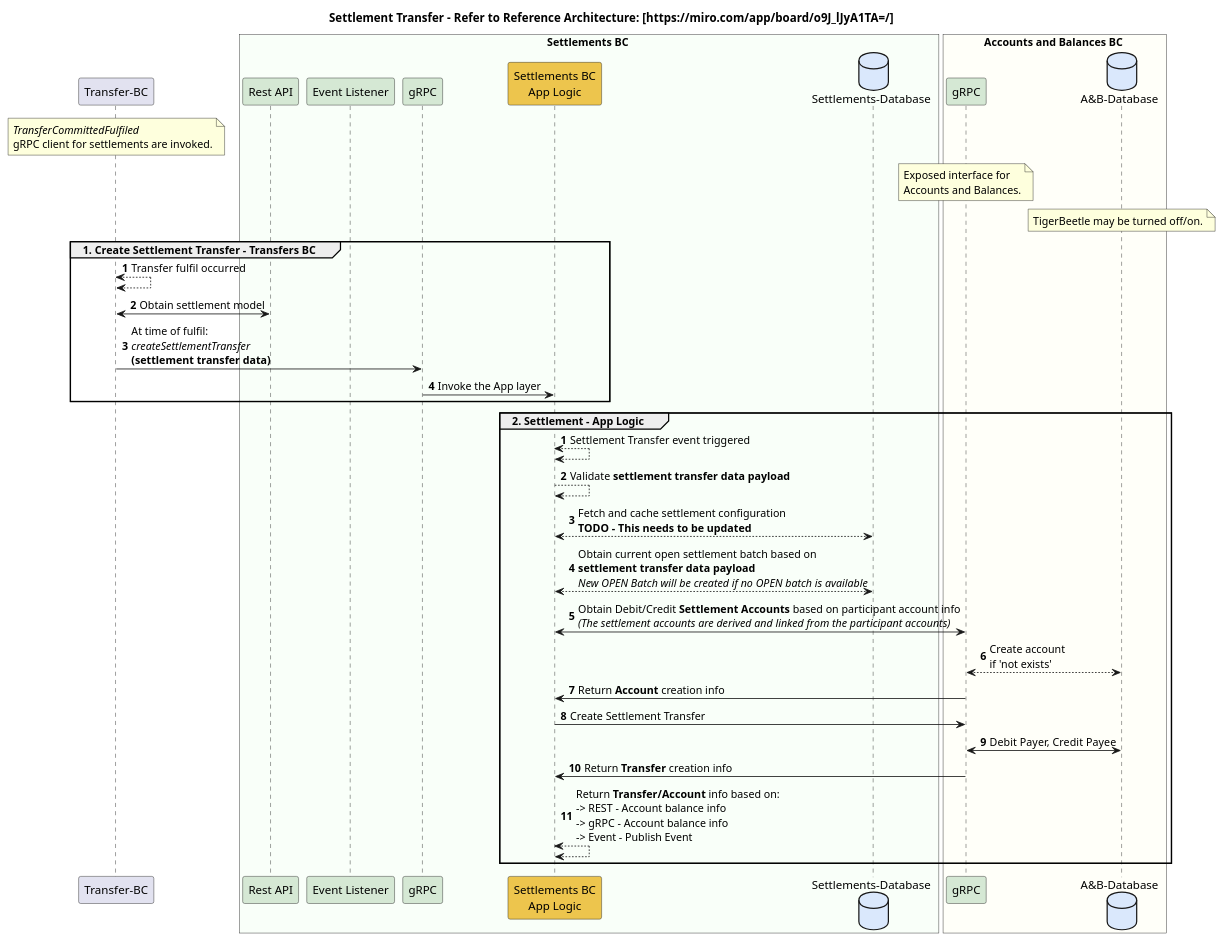
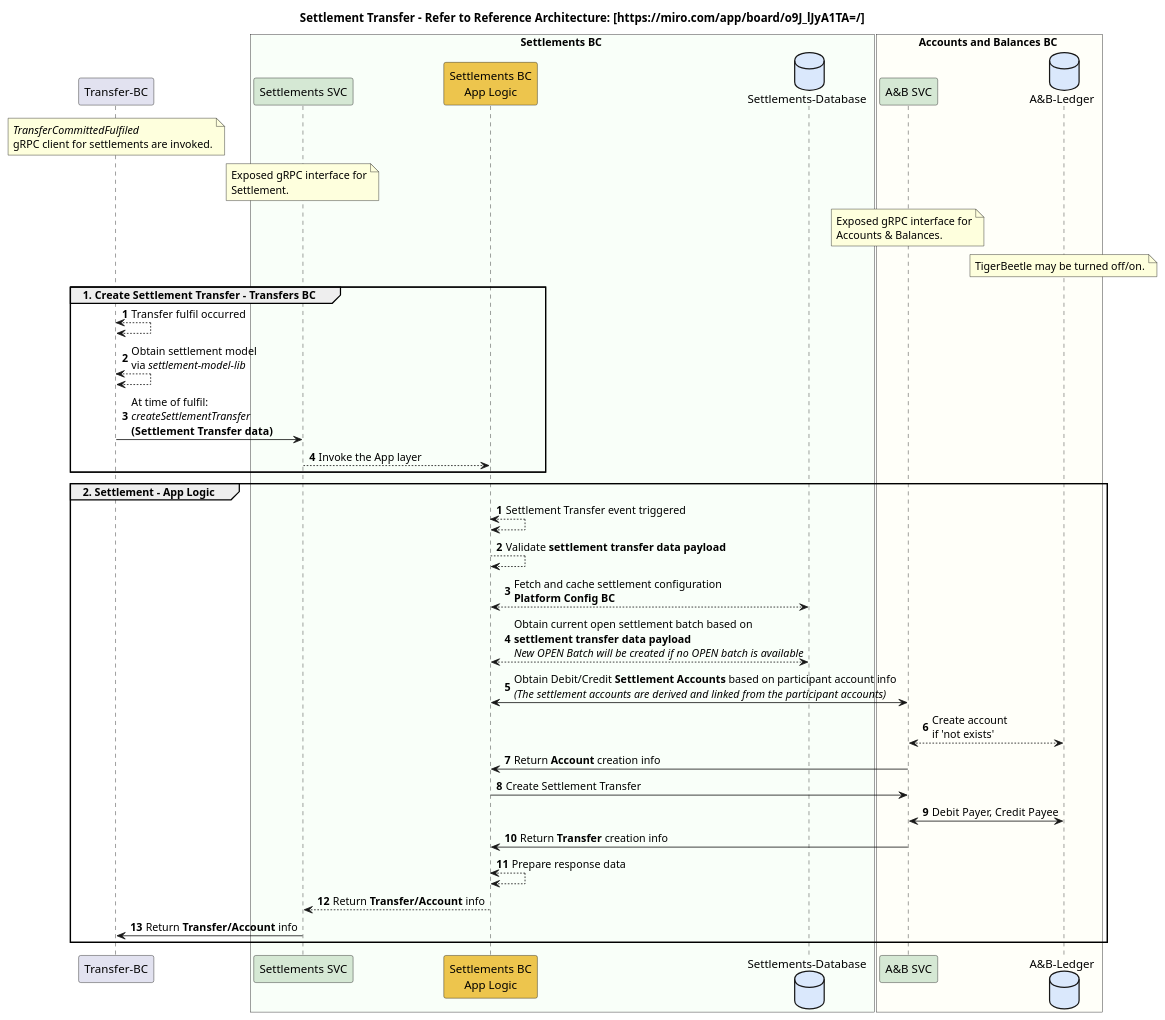
One commit to mojaloop/settlements-bc changed the diagram in docs/flows/01-settlement-transfer-bc.puml. Above: the diagram before and after it, drawn with PlantUML. The commit also changed 3 other files, not shown here.

Commit message:
Flow updates.

```diff
--- a/docs/flows/01-settlement-transfer-bc.puml
+++ b/docs/flows/01-settlement-transfer-bc.puml
@@ -1,54 +1,58 @@
 @startuml
 
 title Settlement Transfer - Refer to Reference Architecture: [https://miro.com/app/board/o9J_lJyA1TA=/]
 
 participant "Transfer-BC" as ext_transfers_bc
 note over ext_transfers_bc
     //TransferCommittedFulfiled//
     gRPC client for settlements are invoked.
 end note
 
 box Settlements BC #F9FFF9
-	participant "Rest API" as sbc_rest #D5E8D4
-	participant "Event Listener" as sbc_event #D5E8D4
-	participant "gRPC" as sbc_grpc #D5E8D4
+	participant "Settlements SVC" as sbc_grpc #D5E8D4
+    note over sbc_grpc
+        Exposed gRPC interface for
+        Settlement.
+    end note
 	participant "Settlements BC\nApp Logic" as sbc_app_logic #EDC54D
 	database "Settlements-Database" as sbc_db #DAE8FC
 end box
 
 box Accounts and Balances BC #FFFFF9
-    participant "gRPC" as abbc_grpc #D5E8D4
-    database "A&B-Database" as abbc_tigerbeetle #DAE8FC
+    participant "A&B SVC" as abbc_grpc #D5E8D4
+    database "A&B-Ledger" as abbc_tigerbeetle #DAE8FC
     note over abbc_grpc
-        Exposed interface for
-        Accounts and Balances.
+        Exposed gRPC interface for
+        Accounts & Balances.
     end note
     note over abbc_tigerbeetle
         TigerBeetle may be turned off/on.
     end note
 end box
 
 group 1. Create Settlement Transfer - Transfers BC
 autonumber
     ext_transfers_bc <--> ext_transfers_bc : Transfer fulfil occurred
-    ext_transfers_bc <-> sbc_rest : Obtain settlement model
-    ext_transfers_bc -> sbc_grpc : At time of fulfil:\n//createSettlementTransfer// \n**(settlement transfer data)**
-    sbc_grpc -> sbc_app_logic : Invoke the App layer
+    ext_transfers_bc <--> ext_transfers_bc : Obtain settlement model\nvia //settlement-model-lib//
+    ext_transfers_bc -> sbc_grpc : At time of fulfil:\n//createSettlementTransfer// \n**(Settlement Transfer data)**
+    sbc_grpc --> sbc_app_logic : Invoke the App layer
 end
 
 group 2. Settlement - App Logic
 autonumber
     sbc_app_logic <--> sbc_app_logic: Settlement Transfer event triggered
     sbc_app_logic --> sbc_app_logic : Validate **settlement transfer data payload**
-    sbc_app_logic <--> sbc_db : Fetch and cache settlement configuration\n**TODO - This needs to be updated**
+    sbc_app_logic <--> sbc_db : Fetch and cache settlement configuration\n**Platform Config BC**
     sbc_app_logic <--> sbc_db : Obtain current open settlement batch based on \n**settlement transfer data payload**\n//New OPEN Batch will be created if no OPEN batch is available//
     sbc_app_logic <-> abbc_grpc : Obtain Debit/Credit **Settlement Accounts** based on participant account info\n//(The settlement accounts are derived and linked from the participant accounts)//
     abbc_grpc <--> abbc_tigerbeetle : Create account \nif 'not exists'
     abbc_grpc -> sbc_app_logic : Return **Account** creation info
     sbc_app_logic -> abbc_grpc: Create Settlement Transfer
     abbc_grpc <-> abbc_tigerbeetle: Debit Payer, Credit Payee
     abbc_grpc -> sbc_app_logic : Return **Transfer** creation info
-    sbc_app_logic <--> sbc_app_logic: Return **Transfer/Account** info based on: \n-> REST - Account balance info\n-> gRPC - Account balance info\n-> Event - Publish Event
+    sbc_app_logic <--> sbc_app_logic: Prepare response data
+    sbc_app_logic --> sbc_grpc: Return **Transfer/Account** info
+    sbc_grpc -> ext_transfers_bc: Return **Transfer/Account** info
 end
 
 @enduml
```
